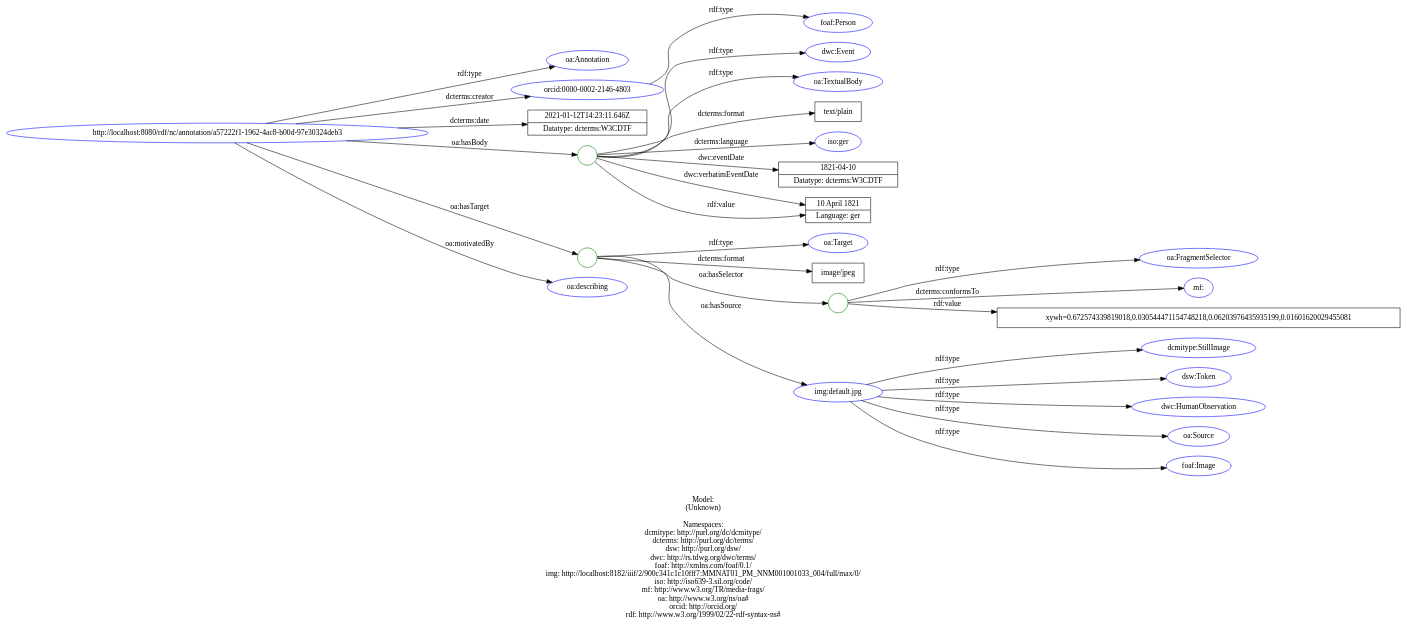
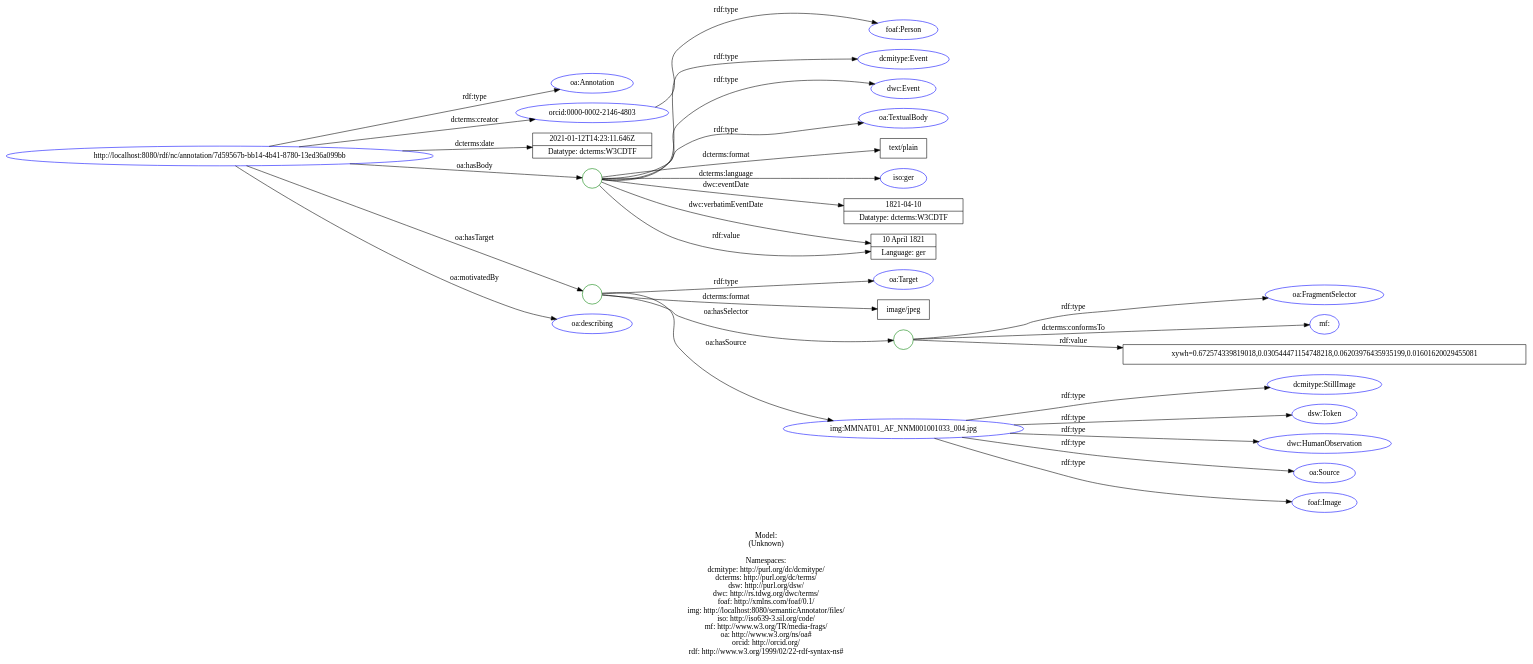
One commit to lisestork/SFB-Annotator changed the diagram in doc/models/example_7_1.dot. Above: the diagram before and after it, drawn with Graphviz. The commit also changed 12 other files, not shown here.

Commit message:
Update data models: example_{2,3,7}_1 #81. - remove some unnecessary variables in AnnotationServlet.java - add DC classes: dcterms:Agent, dcmitype:Location, dcmitype:Event

```diff
--- a/doc/models/example_7_1.dot
+++ b/doc/models/example_7_1.dot
@@ -1,65 +1,67 @@
 digraph {
 	rankdir = LR;
 	charset="utf-8";
 
-	"Rhttp://localhost:8080/rdf/nc/annotation/a57222f1-1962-4ac8-b00d-97e30324deb3" -> "Roa:Annotation" [ label="rdf:type" ];
-	"Rhttp://localhost:8080/rdf/nc/annotation/a57222f1-1962-4ac8-b00d-97e30324deb3" -> "Rorcid:0000-0002-2146-4803" [ label="dcterms:creator" ];
-	"Rhttp://localhost:8080/rdf/nc/annotation/a57222f1-1962-4ac8-b00d-97e30324deb3" -> "L2021-01-12T14:23:11.646Z|Datatype: dcterms:W3CDTF" [ label="dcterms:date" ];
-	"Rhttp://localhost:8080/rdf/nc/annotation/a57222f1-1962-4ac8-b00d-97e30324deb3" -> "B_:node1f0gq2gelx81" [ label="oa:hasBody" ];
-	"B_:node1f0gq2gelx81" -> "Rdwc:Event" [ label="rdf:type" ];
-	"B_:node1f0gq2gelx81" -> "Roa:TextualBody" [ label="rdf:type" ];
-	"B_:node1f0gq2gelx81" -> "Ltext/plain" [ label="dcterms:format" ];
-	"B_:node1f0gq2gelx81" -> "Riso:ger" [ label="dcterms:language" ];
-	"B_:node1f0gq2gelx81" -> "L1821-04-10|Datatype: dcterms:W3CDTF" [ label="dwc:eventDate" ];
-	"B_:node1f0gq2gelx81" -> "L10 April 1821|Language: ger" [ label="dwc:verbatimEventDate" ];
-	"B_:node1f0gq2gelx81" -> "L10 April 1821|Language: ger" [ label="rdf:value" ];
-	"Rhttp://localhost:8080/rdf/nc/annotation/a57222f1-1962-4ac8-b00d-97e30324deb3" -> "B_:node1f0gq2gelx80" [ label="oa:hasTarget" ];
-	"B_:node1f0gq2gelx80" -> "Roa:Target" [ label="rdf:type" ];
-	"B_:node1f0gq2gelx80" -> "Limage/jpeg" [ label="dcterms:format" ];
-	"B_:node1f0gq2gelx80" -> "B_:node1f0gq2gelx83" [ label="oa:hasSelector" ];
-	"B_:node1f0gq2gelx83" -> "Roa:FragmentSelector" [ label="rdf:type" ];
-	"B_:node1f0gq2gelx83" -> "Rmf:" [ label="dcterms:conformsTo" ];
-	"B_:node1f0gq2gelx83" -> "Lxywh=0.672574339819018,0.030544471154748218,0.06203976435935199,0.01601620029455081" [ label="rdf:value" ];
-	"B_:node1f0gq2gelx80" -> "Rimg:default.jpg" [ label="oa:hasSource" ];
-	"Rhttp://localhost:8080/rdf/nc/annotation/a57222f1-1962-4ac8-b00d-97e30324deb3" -> "Roa:describing" [ label="oa:motivatedBy" ];
+	"Rhttp://localhost:8080/rdf/nc/annotation/7d59567b-bb14-4b41-8780-13ed36a099bb" -> "Roa:Annotation" [ label="rdf:type" ];
+	"Rhttp://localhost:8080/rdf/nc/annotation/7d59567b-bb14-4b41-8780-13ed36a099bb" -> "Rorcid:0000-0002-2146-4803" [ label="dcterms:creator" ];
+	"Rhttp://localhost:8080/rdf/nc/annotation/7d59567b-bb14-4b41-8780-13ed36a099bb" -> "L2021-01-12T14:23:11.646Z|Datatype: dcterms:W3CDTF" [ label="dcterms:date" ];
+	"Rhttp://localhost:8080/rdf/nc/annotation/7d59567b-bb14-4b41-8780-13ed36a099bb" -> "B_:node1f26ai8ibx38" [ label="oa:hasBody" ];
+	"B_:node1f26ai8ibx38" -> "Rdcmitype:Event" [ label="rdf:type" ];
+	"B_:node1f26ai8ibx38" -> "Rdwc:Event" [ label="rdf:type" ];
+	"B_:node1f26ai8ibx38" -> "Roa:TextualBody" [ label="rdf:type" ];
+	"B_:node1f26ai8ibx38" -> "Ltext/plain" [ label="dcterms:format" ];
+	"B_:node1f26ai8ibx38" -> "Riso:ger" [ label="dcterms:language" ];
+	"B_:node1f26ai8ibx38" -> "L1821-04-10|Datatype: dcterms:W3CDTF" [ label="dwc:eventDate" ];
+	"B_:node1f26ai8ibx38" -> "L10 April 1821|Language: ger" [ label="dwc:verbatimEventDate" ];
+	"B_:node1f26ai8ibx38" -> "L10 April 1821|Language: ger" [ label="rdf:value" ];
+	"Rhttp://localhost:8080/rdf/nc/annotation/7d59567b-bb14-4b41-8780-13ed36a099bb" -> "B_:node1f26ai8ibx37" [ label="oa:hasTarget" ];
+	"B_:node1f26ai8ibx37" -> "Roa:Target" [ label="rdf:type" ];
+	"B_:node1f26ai8ibx37" -> "Limage/jpeg" [ label="dcterms:format" ];
+	"B_:node1f26ai8ibx37" -> "B_:node1f26ai8ibx40" [ label="oa:hasSelector" ];
+	"B_:node1f26ai8ibx40" -> "Roa:FragmentSelector" [ label="rdf:type" ];
+	"B_:node1f26ai8ibx40" -> "Rmf:" [ label="dcterms:conformsTo" ];
+	"B_:node1f26ai8ibx40" -> "Lxywh=0.672574339819018,0.030544471154748218,0.06203976435935199,0.01601620029455081" [ label="rdf:value" ];
+	"B_:node1f26ai8ibx37" -> "Rimg:MMNAT01_AF_NNM001001033_004.jpg" [ label="oa:hasSource" ];
+	"Rhttp://localhost:8080/rdf/nc/annotation/7d59567b-bb14-4b41-8780-13ed36a099bb" -> "Roa:describing" [ label="oa:motivatedBy" ];
 	"Rorcid:0000-0002-2146-4803" -> "Rfoaf:Person" [ label="rdf:type" ];
-	"Rimg:default.jpg" -> "Rdcmitype:StillImage" [ label="rdf:type" ];
-	"Rimg:default.jpg" -> "Rdsw:Token" [ label="rdf:type" ];
-	"Rimg:default.jpg" -> "Rdwc:HumanObservation" [ label="rdf:type" ];
-	"Rimg:default.jpg" -> "Roa:Source" [ label="rdf:type" ];
-	"Rimg:default.jpg" -> "Rfoaf:Image" [ label="rdf:type" ];
+	"Rimg:MMNAT01_AF_NNM001001033_004.jpg" -> "Rdcmitype:StillImage" [ label="rdf:type" ];
+	"Rimg:MMNAT01_AF_NNM001001033_004.jpg" -> "Rdsw:Token" [ label="rdf:type" ];
+	"Rimg:MMNAT01_AF_NNM001001033_004.jpg" -> "Rdwc:HumanObservation" [ label="rdf:type" ];
+	"Rimg:MMNAT01_AF_NNM001001033_004.jpg" -> "Roa:Source" [ label="rdf:type" ];
+	"Rimg:MMNAT01_AF_NNM001001033_004.jpg" -> "Rfoaf:Image" [ label="rdf:type" ];
 
 	// Resources
-	"Rhttp://localhost:8080/rdf/nc/annotation/a57222f1-1962-4ac8-b00d-97e30324deb3" [ label="http://localhost:8080/rdf/nc/annotation/a57222f1-1962-4ac8-b00d-97e30324deb3", shape = ellipse, color = blue ];
+	"Rhttp://localhost:8080/rdf/nc/annotation/7d59567b-bb14-4b41-8780-13ed36a099bb" [ label="http://localhost:8080/rdf/nc/annotation/7d59567b-bb14-4b41-8780-13ed36a099bb", shape = ellipse, color = blue ];
 	"Roa:Annotation" [ label="oa:Annotation", shape = ellipse, color = blue ];
 	"Rorcid:0000-0002-2146-4803" [ label="orcid:0000-0002-2146-4803", shape = ellipse, color = blue ];
+	"Rdcmitype:Event" [ label="dcmitype:Event", shape = ellipse, color = blue ];
 	"Rdwc:Event" [ label="dwc:Event", shape = ellipse, color = blue ];
 	"Roa:TextualBody" [ label="oa:TextualBody", shape = ellipse, color = blue ];
 	"Riso:ger" [ label="iso:ger", shape = ellipse, color = blue ];
 	"Roa:Target" [ label="oa:Target", shape = ellipse, color = blue ];
 	"Roa:FragmentSelector" [ label="oa:FragmentSelector", shape = ellipse, color = blue ];
 	"Rmf:" [ label="mf:", shape = ellipse, color = blue ];
-	"Rimg:default.jpg" [ label="img:default.jpg", shape = ellipse, color = blue ];
+	"Rimg:MMNAT01_AF_NNM001001033_004.jpg" [ label="img:MMNAT01_AF_NNM001001033_004.jpg", shape = ellipse, color = blue ];
 	"Roa:describing" [ label="oa:describing", shape = ellipse, color = blue ];
 	"Rfoaf:Person" [ label="foaf:Person", shape = ellipse, color = blue ];
 	"Rdcmitype:StillImage" [ label="dcmitype:StillImage", shape = ellipse, color = blue ];
 	"Rdsw:Token" [ label="dsw:Token", shape = ellipse, color = blue ];
 	"Rdwc:HumanObservation" [ label="dwc:HumanObservation", shape = ellipse, color = blue ];
 	"Roa:Source" [ label="oa:Source", shape = ellipse, color = blue ];
 	"Rfoaf:Image" [ label="foaf:Image", shape = ellipse, color = blue ];
 
 	// Anonymous nodes
-	"B_:node1f0gq2gelx81" [ label="", shape = circle, color = green ];
-	"B_:node1f0gq2gelx80" [ label="", shape = circle, color = green ];
-	"B_:node1f0gq2gelx83" [ label="", shape = circle, color = green ];
+	"B_:node1f26ai8ibx38" [ label="", shape = circle, color = green ];
+	"B_:node1f26ai8ibx37" [ label="", shape = circle, color = green ];
+	"B_:node1f26ai8ibx40" [ label="", shape = circle, color = green ];
 
 	// Literals
 	"L2021-01-12T14:23:11.646Z|Datatype: dcterms:W3CDTF" [ label="2021-01-12T14:23:11.646Z|Datatype: dcterms:W3CDTF", shape = record ];
 	"Ltext/plain" [ label="text/plain", shape = record ];
 	"L1821-04-10|Datatype: dcterms:W3CDTF" [ label="1821-04-10|Datatype: dcterms:W3CDTF", shape = record ];
 	"L10 April 1821|Language: ger" [ label="10 April 1821|Language: ger", shape = record ];
 	"Limage/jpeg" [ label="image/jpeg", shape = record ];
 	"Lxywh=0.672574339819018,0.030544471154748218,0.06203976435935199,0.01601620029455081" [ label="xywh=0.672574339819018,0.030544471154748218,0.06203976435935199,0.01601620029455081", shape = record ];
 
-	label="\n\nModel:\n(Unknown)\n\nNamespaces:\ndcmitype: http://purl.org/dc/dcmitype/\ndcterms: http://purl.org/dc/terms/\ndsw: http://purl.org/dsw/\ndwc: http://rs.tdwg.org/dwc/terms/\nfoaf: http://xmlns.com/foaf/0.1/\nimg: http://localhost:8182/iiif/2/900c341c1c10fff7:MMNAT01_PM_NNM001001033_004/full/max/0/\niso: http://iso639-3.sil.org/code/\nmf: http://www.w3.org/TR/media-frags/\noa: http://www.w3.org/ns/oa#\norcid: http://orcid.org/\nrdf: http://www.w3.org/1999/02/22-rdf-syntax-ns#\n";
+	label="\n\nModel:\n(Unknown)\n\nNamespaces:\ndcmitype: http://purl.org/dc/dcmitype/\ndcterms: http://purl.org/dc/terms/\ndsw: http://purl.org/dsw/\ndwc: http://rs.tdwg.org/dwc/terms/\nfoaf: http://xmlns.com/foaf/0.1/\nimg: http://localhost:8080/semanticAnnotator/files/\niso: http://iso639-3.sil.org/code/\nmf: http://www.w3.org/TR/media-frags/\noa: http://www.w3.org/ns/oa#\norcid: http://orcid.org/\nrdf: http://www.w3.org/1999/02/22-rdf-syntax-ns#\n";
 }
```
